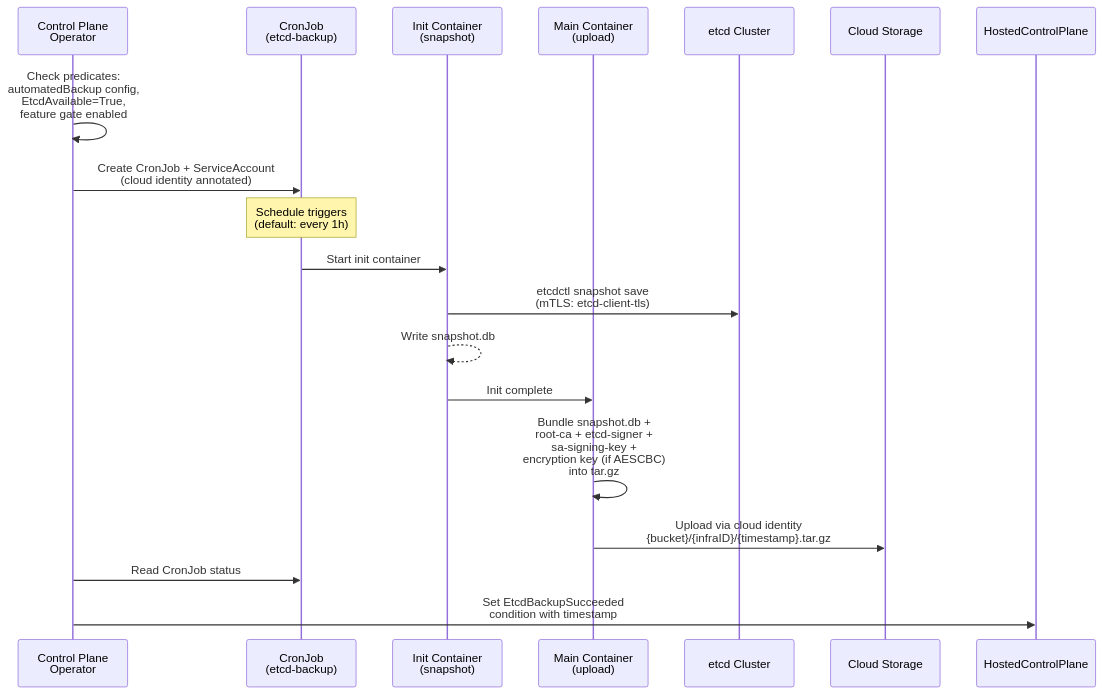
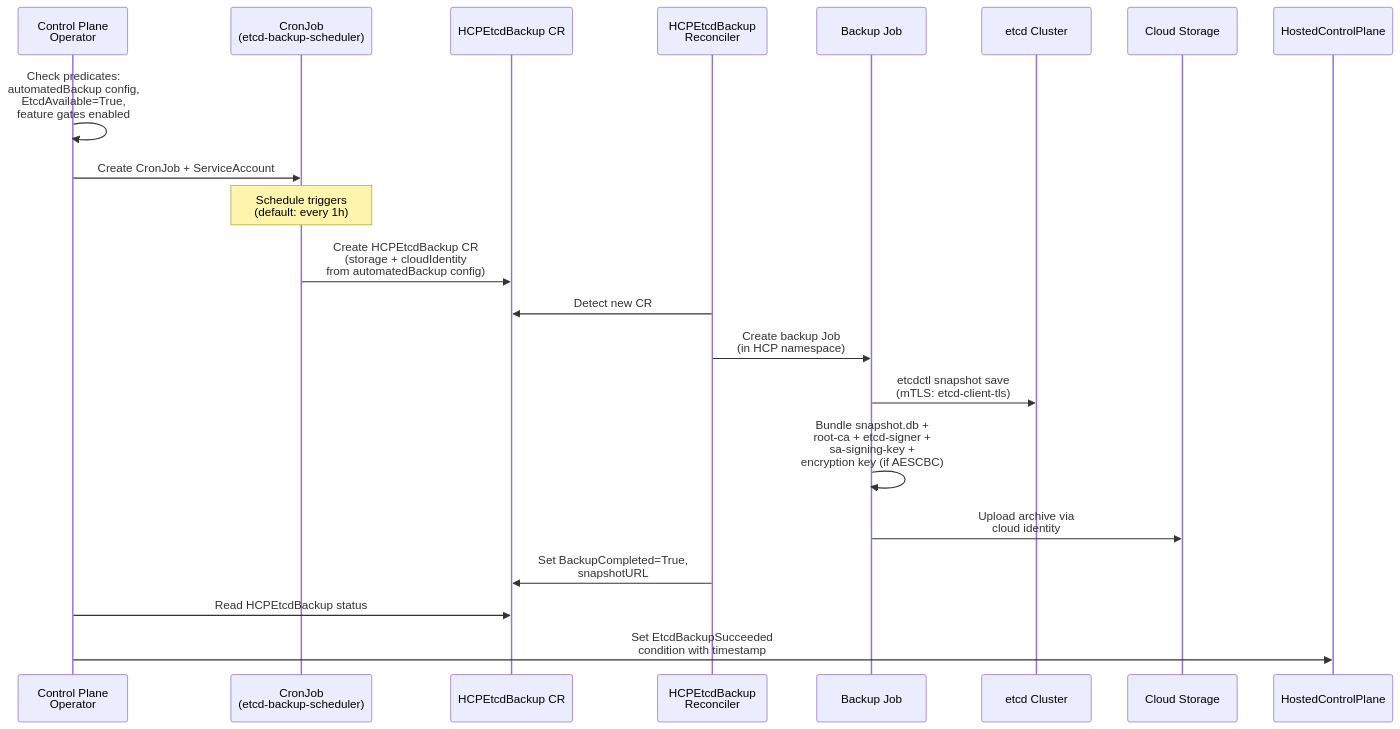
The first of 2 diagrams in enhancements/hypershift/automated-etcd-backup-restore.md (openshift/enhancements), drawn with Mermaid before and after one commit. The commit also changed other lines of this file, not shown here.

First line of the commit message:
Converge automated backup with HCPEtcdBackup as shared primitive

````diff
--- a/enhancements/hypershift/automated-etcd-backup-restore.md
+++ b/enhancements/hypershift/automated-etcd-backup-restore.md
@@ -101,26 +93,27 @@
 ```mermaid
 sequenceDiagram
     participant CPO as Control Plane<br/>Operator
-    participant CJ as CronJob<br/>(etcd-backup)
-    participant Snap as Init Container<br/>(snapshot)
-    participant Upload as Main Container<br/>(upload)
+    participant CJ as CronJob<br/>(etcd-backup-scheduler)
+    participant CR as HCPEtcdBackup CR
+    participant Reconciler as HCPEtcdBackup<br/>Reconciler
+    participant Job as Backup Job
     participant etcd as etcd Cluster
     participant Store as Cloud Storage
     participant HCP as HostedControlPlane
 
-    CPO->>CPO: Check predicates:<br/>automatedBackup config,<br/>EtcdAvailable=True,<br/>feature gate enabled
-    CPO->>CJ: Create CronJob + ServiceAccount<br/>(cloud identity annotated)
+    CPO->>CPO: Check predicates:<br/>automatedBackup config,<br/>EtcdAvailable=True,<br/>feature gates enabled
+    CPO->>CJ: Create CronJob + ServiceAccount
 
     Note over CJ: Schedule triggers<br/>(default: every 1h)
 
-    CJ->>Snap: Start init container
-    Snap->>etcd: etcdctl snapshot save<br/>(mTLS: etcd-client-tls)
-    Snap-->>Snap: Write snapshot.db
+    CJ->>CR: Create HCPEtcdBackup CR<br/>(storage + cloudIdentity<br/>from automatedBackup config)
+    Reconciler->>CR: Detect new CR
+    Reconciler->>Job: Create backup Job<br/>(in HCP namespace)
+    Job->>etcd: etcdctl snapshot save<br/>(mTLS: etcd-client-tls)
+    Job->>Job: Bundle snapshot.db +<br/>root-ca + etcd-signer +<br/>sa-signing-key +<br/>encryption key (if AESCBC)
+    Job->>Store: Upload archive via<br/>cloud identity
 
-    Snap->>Upload: Init complete
-    Upload->>Upload: Bundle snapshot.db +<br/>root-ca + etcd-signer +<br/>sa-signing-key +<br/>encryption key (if AESCBC)<br/>into tar.gz
-    Upload->>Store: Upload via cloud identity<br/>{bucket}/{infraID}/{timestamp}.tar.gz
-
-    CPO->>CJ: Read CronJob status
+    Reconciler->>CR: Set BackupCompleted=True,<br/>snapshotURL
+    CPO->>CR: Read HCPEtcdBackup status
     CPO->>HCP: Set EtcdBackupSucceeded<br/>condition with timestamp
 ```
````
